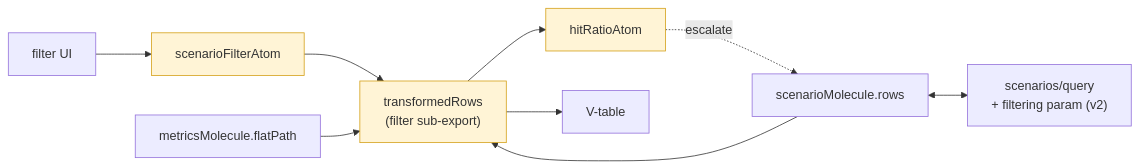
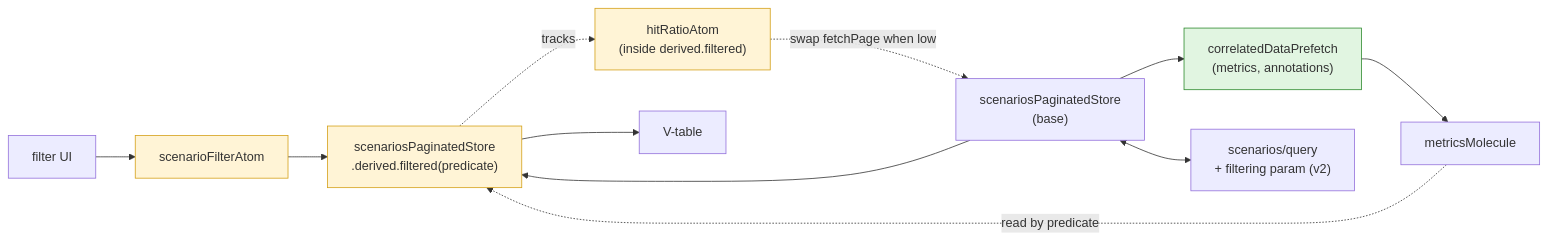
One commit to Agenta-AI/agenta changed diagram 12 of 14 in docs/designs/eval-package-architecture.md. Above: the diagram before and after it, drawn with Mermaid. The commit also changed other lines of this file and 2 other files, not shown here.

````diff
--- a/docs/designs/eval-package-architecture.md
+++ b/docs/designs/eval-package-architecture.md
@@ -585,24 +725,28 @@
 ```mermaid
 flowchart LR
     UI["filter UI"]
     FA["scenarioFilterAtom"]
-    TR["transformedRows<br/>(filter sub-export)"]
-    SM["scenarioMolecule.rows"]
-    MM["metricsMolecule.flatPath"]
-    HR["hitRatioAtom"]
+    DF["scenariosPaginatedStore<br/>.derived.filtered(predicate)"]
+    Base["scenariosPaginatedStore<br/>(base)"]
+    Prefetch["correlatedDataPrefetch<br/>(metrics, annotations)"]
+    MM["metricsMolecule"]
+    HR["hitRatioAtom<br/>(inside derived.filtered)"]
     VT["V-table"]
     BE["scenarios/query<br/>+ filtering param (v2)"]
 
     UI --> FA
-    FA --> TR
-    SM --> TR
-    MM --> TR
-    TR --> VT
-    TR --> HR
-    HR -. "escalate" .-> SM
-    SM <--> BE
+    FA --> DF
+    Base --> DF
+    Base --> Prefetch
+    Prefetch --> MM
+    MM -. "read by predicate" .-> DF
+    DF --> VT
+    DF -. "tracks" .-> HR
+    HR -. "swap fetchPage when low" .-> Base
+    Base <--> BE
 
-    style TR fill:#fff4d6,stroke:#d4a017
+    style DF fill:#fff4d6,stroke:#d4a017
     style FA fill:#fff4d6,stroke:#d4a017
     style HR fill:#fff4d6,stroke:#d4a017
+    style Prefetch fill:#e1f5e1,stroke:#2d8a2d
 ```
````
